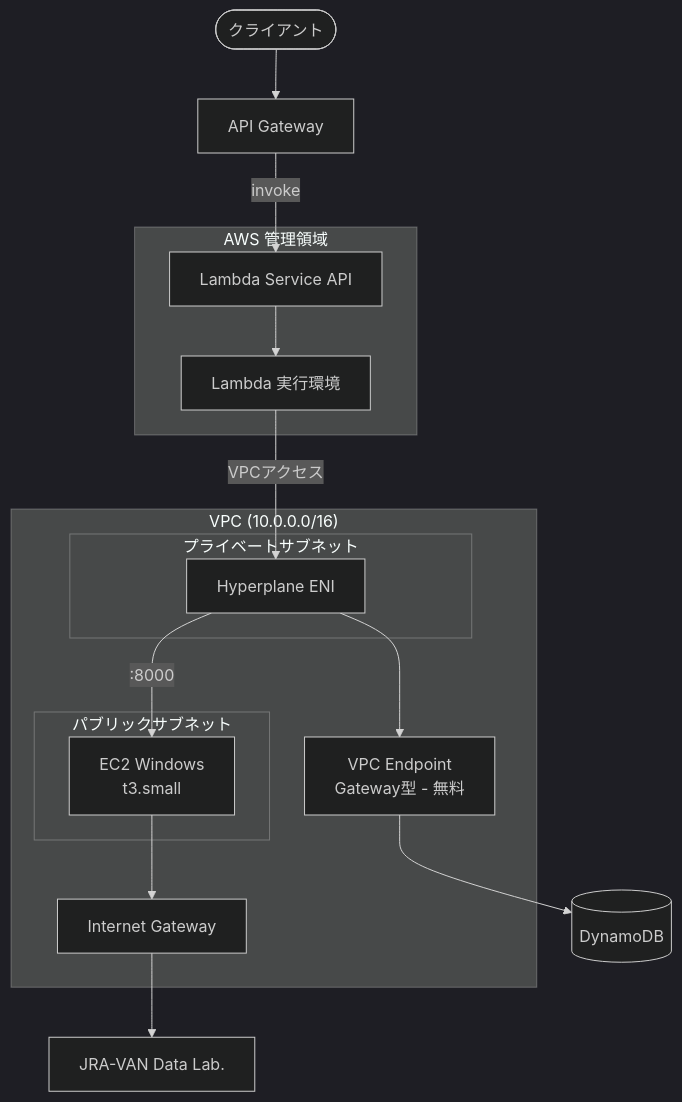
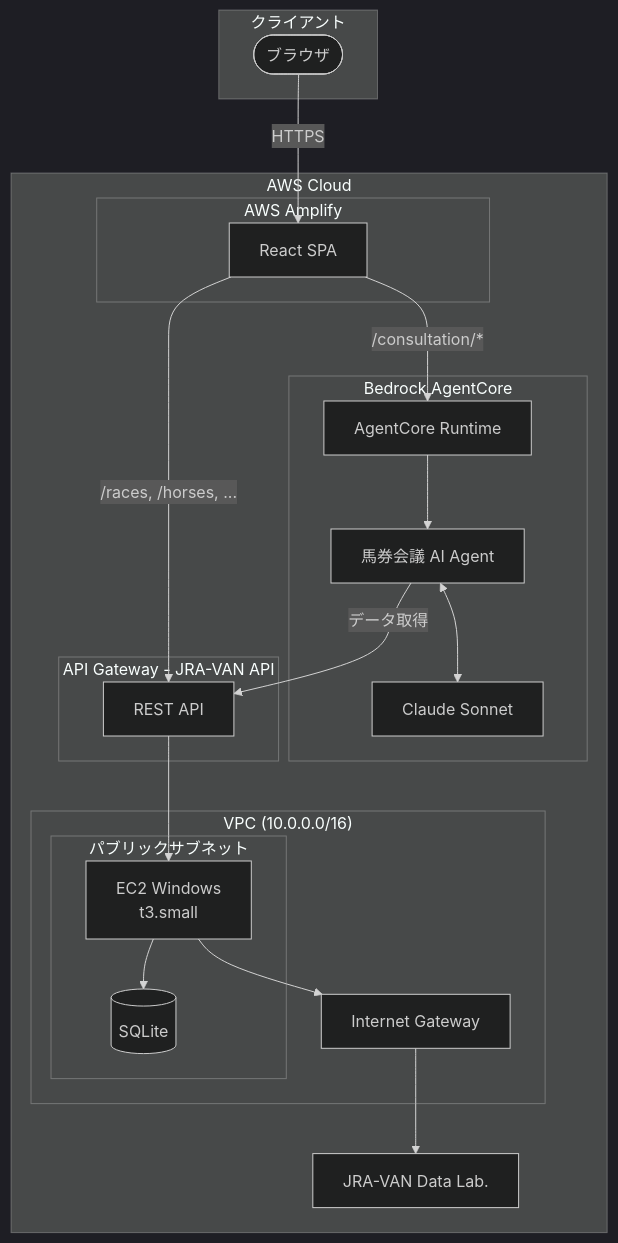
The first of 2 diagrams in aidlc-docs/construction/unit_01_ai_dialog_public/docs/architecture.md (foie0222/baken-kaigi), drawn with Mermaid (dark theme) before and after one commit. The commit also changed other lines of this file and 1 other file, not shown here.

Commit message:
docs: Bedrock AgentCore アーキテクチャと実装計画

````diff
--- a/aidlc-docs/construction/unit_01_ai_dialog_public/docs/architecture.md
+++ b/aidlc-docs/construction/unit_01_ai_dialog_public/docs/architecture.md
@@ -10,36 +11,45 @@
 ```mermaid
 flowchart TB
-    Client([クライアント])
-    APIGW[API Gateway]
-    DynamoDB[(DynamoDB)]
-    JRAVAN[JRA-VAN Data Lab.]
-
-    Client --> APIGW
-
-    subgraph AWSManaged[AWS 管理領域]
-        LambdaService[Lambda Service API]
-        LambdaExec[Lambda 実行環境]
+    subgraph Client[クライアント]
+        Browser([ブラウザ])
     end
 
-    subgraph VPC["VPC (10.0.0.0/16)"]
-        subgraph PrivateSubnet[プライベートサブネット]
-            ENI[Hyperplane ENI]
+    subgraph AWS[AWS Cloud]
+        subgraph Amplify[AWS Amplify]
+            Frontend[React SPA]
         end
 
-        subgraph PublicSubnet[パブリックサブネット]
-            EC2[EC2 Windows<br/>t3.small]
+        subgraph AgentCore[Bedrock AgentCore]
+            Runtime[AgentCore Runtime]
+            Agent[馬券会議 AI Agent]
+            Claude[Claude Sonnet]
         end
 
-        VPCEndpoint[VPC Endpoint<br/>Gateway型 - 無料]
-        IGW[Internet Gateway]
+        subgraph APIGW[API Gateway - JRA-VAN API]
+            DataAPI[REST API]
+        end
+
+        subgraph VPC["VPC (10.0.0.0/16)"]
+            subgraph PublicSubnet[パブリックサブネット]
+                EC2[EC2 Windows<br/>t3.small]
+                SQLite[(SQLite)]
+            end
+            IGW[Internet Gateway]
+        end
+
+        JRAVAN[JRA-VAN Data Lab.]
     end
 
-    APIGW -->|invoke| LambdaService
-    LambdaService --> LambdaExec
-    LambdaExec -->|VPCアクセス| ENI
-    ENI -->|:8000| EC2
-    ENI --> VPCEndpoint
-    VPCEndpoint --> DynamoDB
+    Browser -->|HTTPS| Frontend
+    Frontend -->|/races, /horses, ...| DataAPI
+    Frontend -->|/consultation/*| Runtime
+
+    DataAPI --> EC2
+    Runtime --> Agent
+    Agent <--> Claude
+    Agent -->|データ取得| DataAPI
+
+    EC2 --> SQLite
     EC2 --> IGW
     IGW --> JRAVAN
 ```
````
